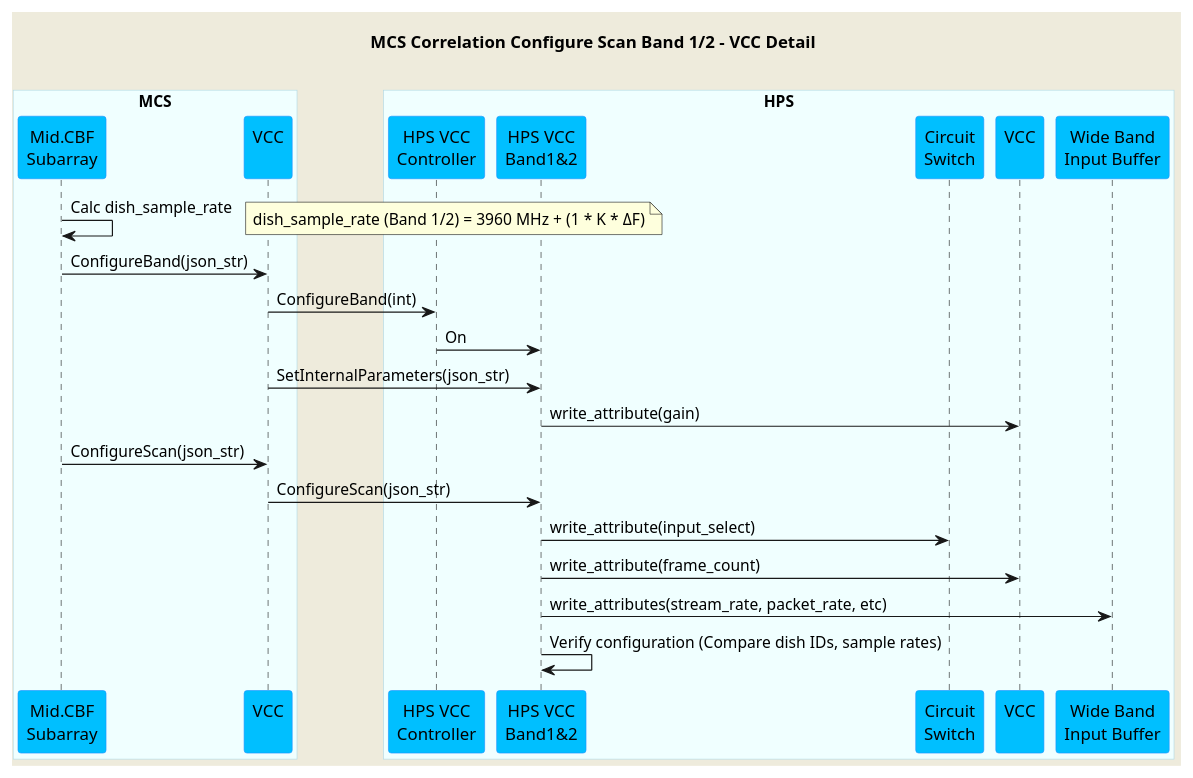
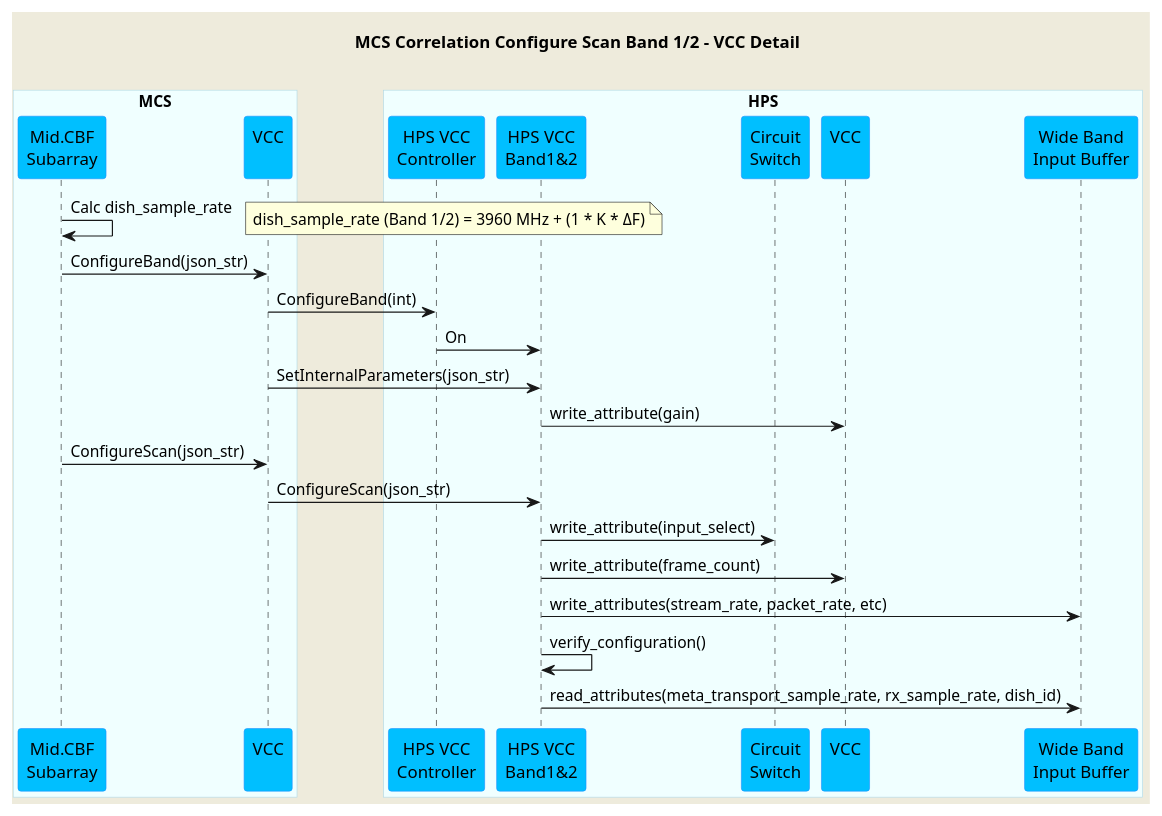
Before and after one commit to ska-telescope/mid-cbf-mcs: the diagram in docs/src/diagrams/configure-scan-vcc.puml, drawn with PlantUML.

Commit message:
CIP-1940 clarified verify_connection in diagram

```diff
--- a/docs/src/diagrams/configure-scan-vcc.puml
+++ b/docs/src/diagrams/configure-scan-vcc.puml
@@ -1,44 +1,45 @@
 @startuml
 'https://plantuml.com/sequence-diagram
 
 skinparam backgroundColor #EEEBDC
 skinparam sequence {
 ParticipantBorderColor DodgerBlue
 ParticipantBackgroundColor DeepSkyBlue
 ActorBorderColor DarkGreen
 ActorBackgroundColor Green
 BoxBorderColor LightBlue
 BoxBackgroundColor #F0FFFF
 }
 
 title MCS Correlation Configure Scan Band 1/2 - VCC Detail\n
 
 box "MCS"
 participant "Mid.CBF\nSubarray" as subarray
 participant "VCC\n" as vcc
 end box
 
 box "HPS"
 participant "HPS VCC\nController" as hpsvcc
 participant "HPS VCC\nBand1&2" as vccband1
 participant "Circuit\nSwitch" as cs
 participant "VCC\n" as vccdevice
 participant "Wide Band\nInput Buffer" as wb
 end box
 
 subarray    -> subarray     : Calc dish_sample_rate
 note right                  : dish_sample_rate (Band 1/2) = 3960 MHz + (1 * K * <U+0394>F)
 subarray    -> vcc          : ConfigureBand(json_str)
 vcc         -> hpsvcc       : ConfigureBand(int)
 hpsvcc      -> vccband1     : On
 vcc         -> vccband1     : SetInternalParameters(json_str)
 vccband1    -> vccdevice    : write_attribute(gain)
 subarray    -> vcc          : ConfigureScan(json_str)
 vcc         -> vccband1     : ConfigureScan(json_str)
 vccband1    -> cs           : write_attribute(input_select)
 vccband1    -> vccdevice    : write_attribute(frame_count)
 vccband1    -> wb           : write_attributes(stream_rate, packet_rate, etc)
-vccband1    -> vccband1     : Verify configuration (Compare dish IDs, sample rates)
+vccband1    -> vccband1     : verify_configuration()
+vccband1    -> wb           : read_attributes(meta_transport_sample_rate, rx_sample_rate, dish_id)
 
 
 @enduml
```
